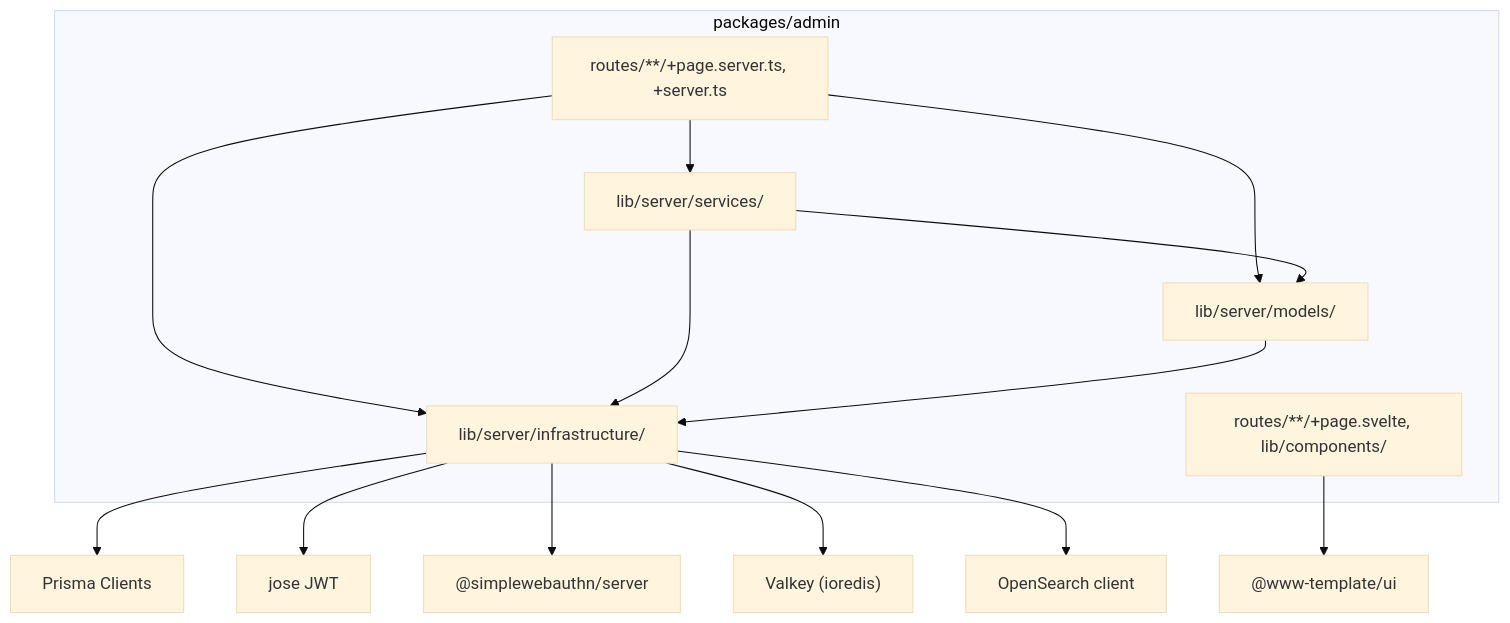
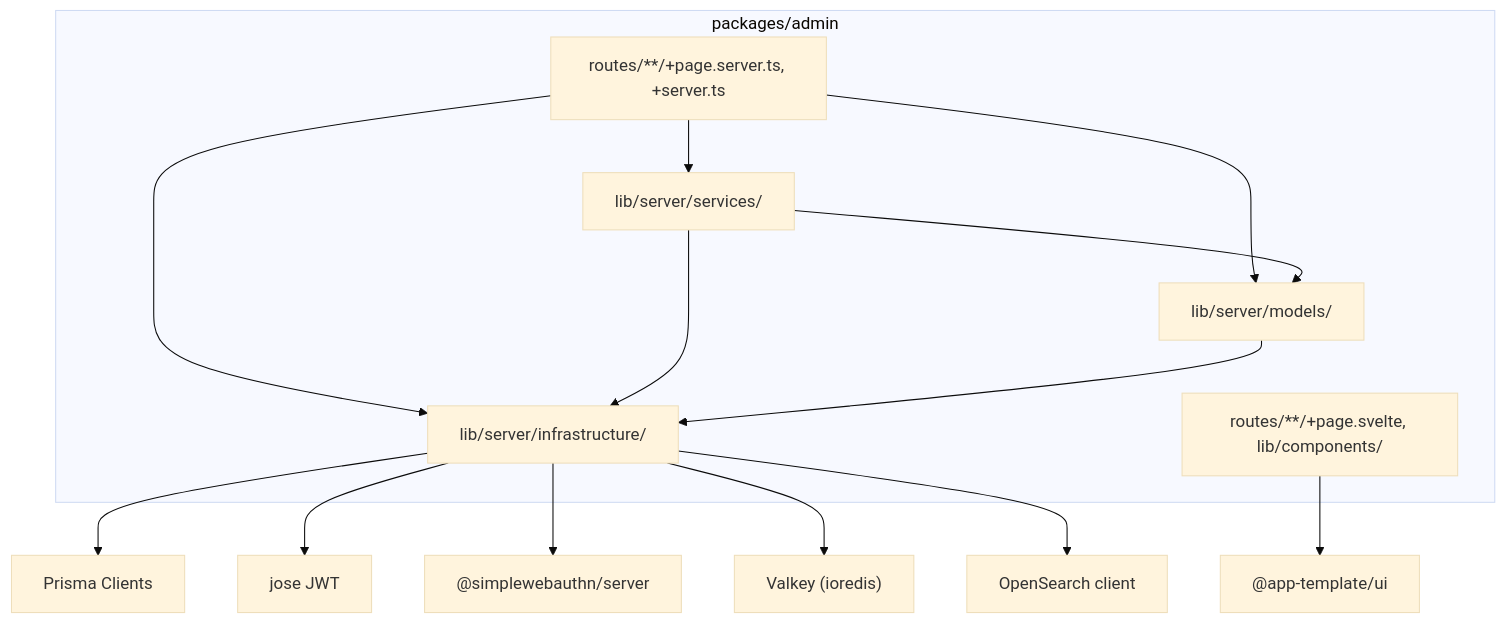
One commit to Suzlun/app-template changed the second of 5 diagrams in openspec/changes/archive/2026-05-18-add-admin-system/design.md. Above: the diagram before and after it, drawn with Mermaid (base theme). The commit also changed other lines of this file and 570 other files, not shown here.

Commit message:
feat: rename app-template

````diff
--- a/openspec/changes/archive/2026-05-18-add-admin-system/design.md
+++ b/openspec/changes/archive/2026-05-18-add-admin-system/design.md
@@ -251,26 +251,26 @@
 ```mermaid
 flowchart TB
     subgraph Admin[packages/admin]
         Controller["routes/**/+page.server.ts, +server.ts"]
         View["routes/**/+page.svelte, lib/components/"]
         Service["lib/server/services/"]
         Model["lib/server/models/"]
         Infra["lib/server/infrastructure/"]
     end
 
-    UI["@www-template/ui"]
+    UI["@app-template/ui"]
 
     Controller --> Service
     Controller --> Model
     Controller --> Infra
     Service --> Model
     Service --> Infra
     Model --> Infra
     View --> UI
 
     Infra --> prisma["Prisma Clients"]
     Infra --> jose["jose JWT"]
     Infra --> simplewebauthn["@simplewebauthn/server"]
     Infra --> valkey["Valkey (ioredis)"]
     Infra --> opensearch["OpenSearch client"]
 ```
````
